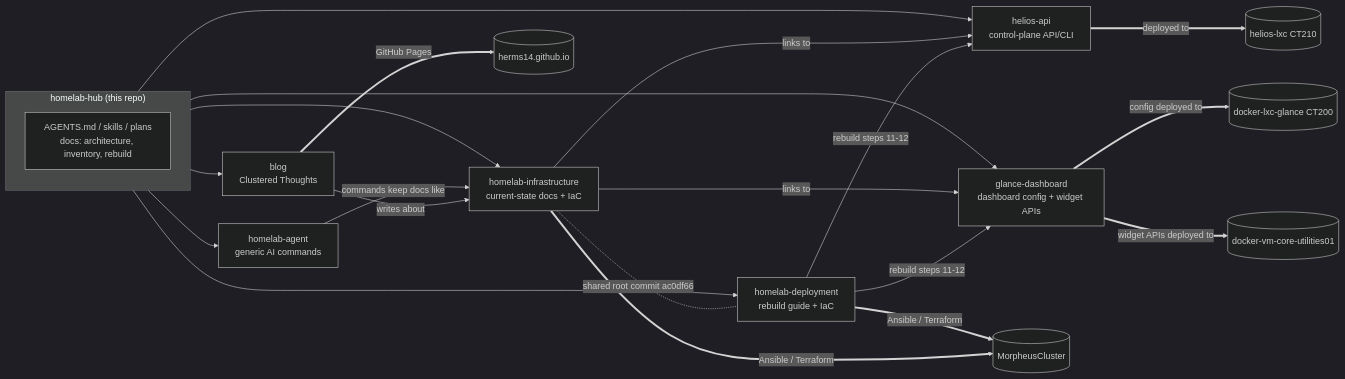
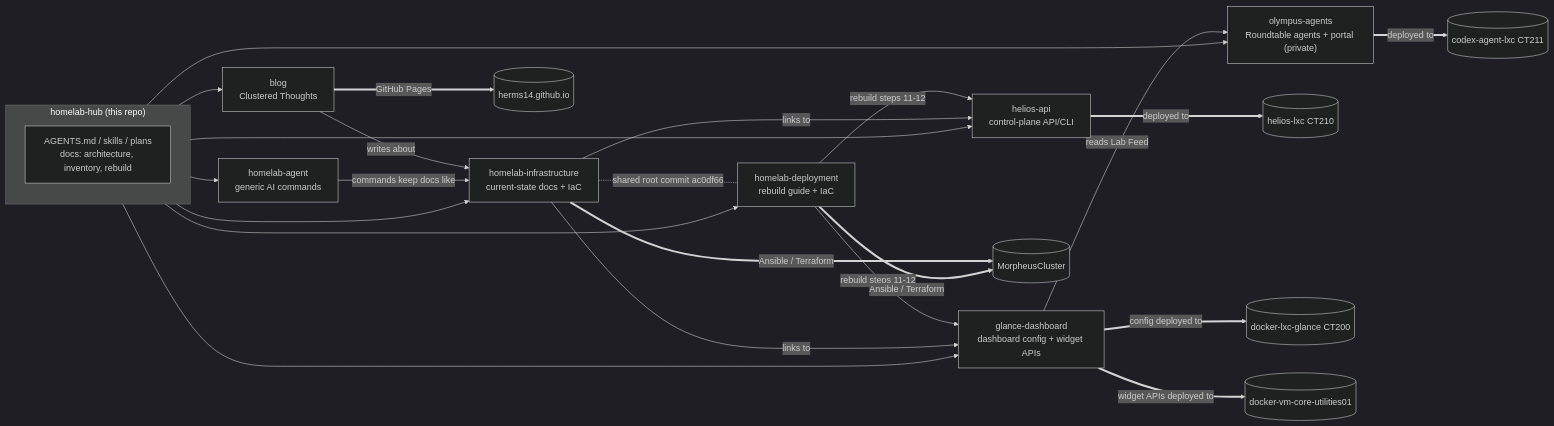
Before and after one commit to herms14/homelab-hub: the second of 2 diagrams in docs/architecture.md, drawn with Mermaid (dark theme). The commit also changed other lines of this file and 3 other files, not shown here.

Commit message:
docs: Roundtable on CT211, Glance 4.0 pages and Lab Feed, live Lab Atlas

````diff
--- a/docs/architecture.md
+++ b/docs/architecture.md
@@ -37,27 +41,30 @@
 ```mermaid
 flowchart LR
     subgraph hub["homelab-hub (this repo)"]
         agents["AGENTS.md / skills / plans<br/>docs: architecture, inventory, rebuild"]
     end
 
     infra["homelab-infrastructure<br/>current-state docs + IaC"]
     deploy["homelab-deployment<br/>rebuild guide + IaC"]
     helios["helios-api<br/>control-plane API/CLI"]
     glance["glance-dashboard<br/>dashboard config + widget APIs"]
     agent["homelab-agent<br/>generic AI commands"]
     blog["blog<br/>Clustered Thoughts"]
+    olympus["olympus-agents<br/>Roundtable agents + portal (private)"]
 
-    hub --> infra & deploy & helios & glance & agent & blog
+    hub --> infra & deploy & helios & glance & agent & blog & olympus
     infra -.-|"shared root commit ac0df66"| deploy
     deploy -->|"rebuild steps 11-12"| glance & helios
     infra -->|"links to"| helios & glance
     blog -->|"writes about"| infra
     agent -->|"commands keep docs like"| infra
 
     helios ==>|"deployed to"| ct210[(helios-lxc CT210)]
     glance ==>|"config deployed to"| ct200[(docker-lxc-glance CT200)]
     glance ==>|"widget APIs deployed to"| vm107[(docker-vm-core-utilities01)]
     infra ==>|"Ansible / Terraform"| lab[(MorpheusCluster)]
     deploy ==>|"Ansible / Terraform"| lab
     blog ==>|"GitHub Pages"| site[(herms14.github.io)]
+    olympus ==>|"deployed to"| ct211[(codex-agent-lxc CT211)]
+    glance -->|"reads Lab Feed"| olympus
 ```
````
